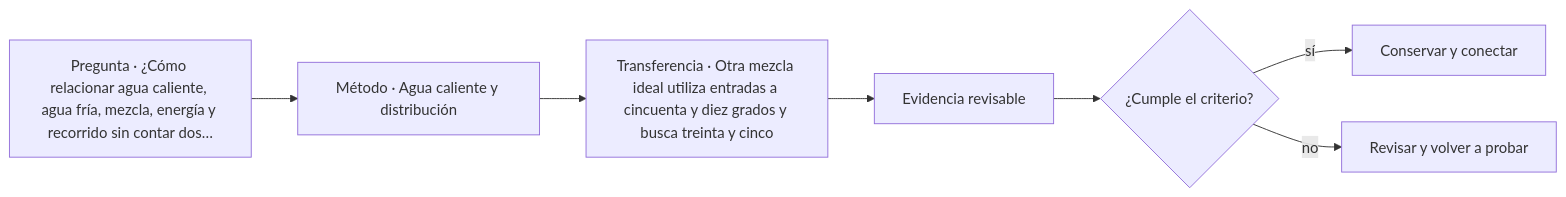
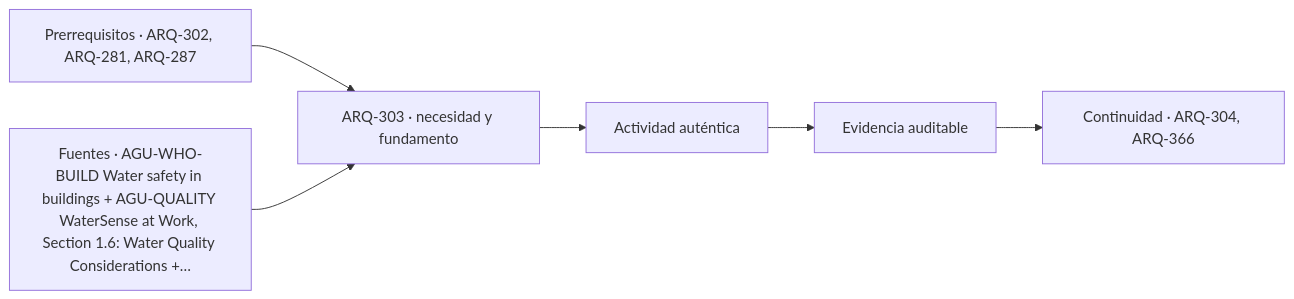
Before and after one commit to vladimiracunadev-create/architecture-built-environment-learning-program: the diagram in classes/parte-31/ARQ-303.md, drawn with Mermaid. The commit also changed other lines of this file and 761 other files, not shown here.

````diff
--- a/classes/parte-31/ARQ-303.md
+++ b/classes/parte-31/ARQ-303.md
@@ -107,9 +119,8 @@
 ```mermaid
 flowchart LR
-    Q["Pregunta · ¿Cómo relacionar agua caliente, agua fría, mezcla, energía y recorrido sin contar dos…"] --> M["Método · Agua caliente y distribución"]
-    M --> P["Transferencia · Otra mezcla ideal utiliza entradas a cincuenta y diez grados y busca treinta y cinco"]
-    P --> E["Evidencia revisable"]
-    E --> C{"¿Cumple el criterio?"}
-    C -->|sí| T["Conservar y conectar"]
-    C -->|no| R["Revisar y volver a probar"]
+    A["Prerrequisitos · ARQ-302, ARQ-281, ARQ-287"] --> B["ARQ-303 · necesidad y fundamento"]
+    S["Fuentes · AGU-WHO-BUILD Water safety in buildings + AGU-QUALITY WaterSense at Work, Section 1.6: Water Quality Considerations +…"] --> B
+    B --> C["Actividad auténtica"]
+    C --> D["Evidencia auditable"]
+    D --> E["Continuidad · ARQ-304, ARQ-366"]
 ```
````
